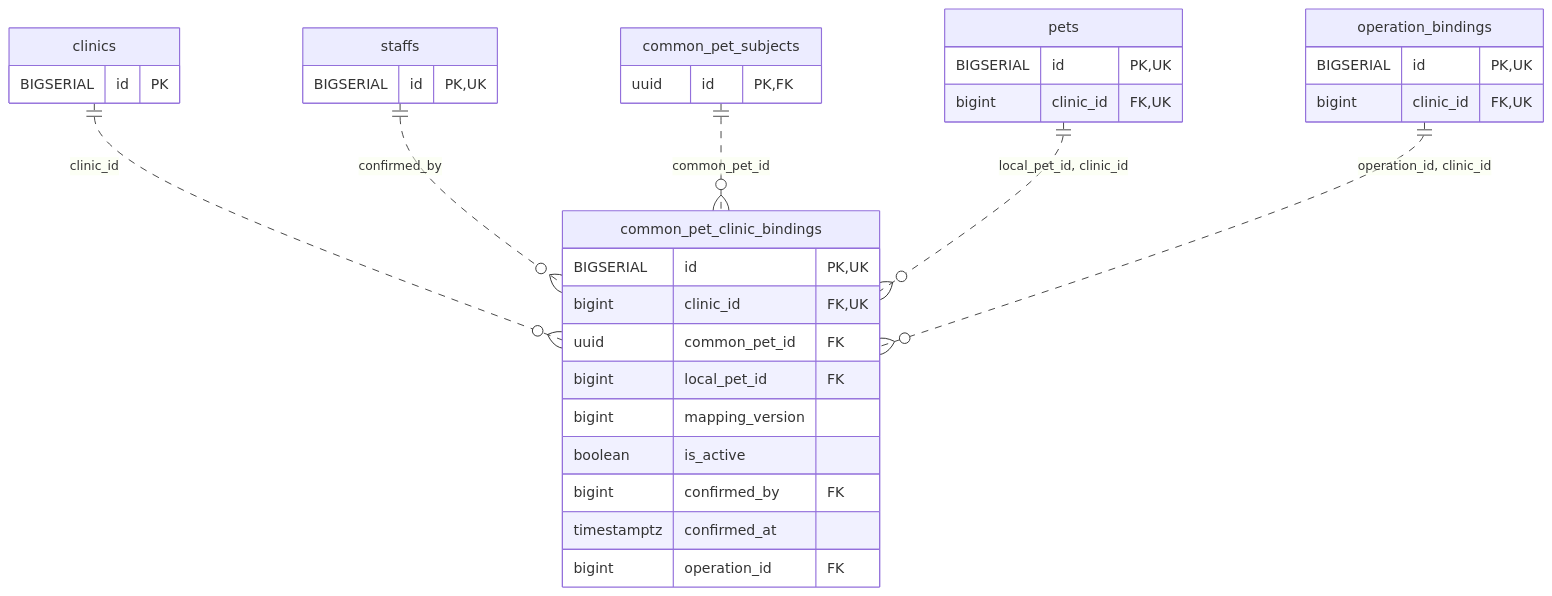
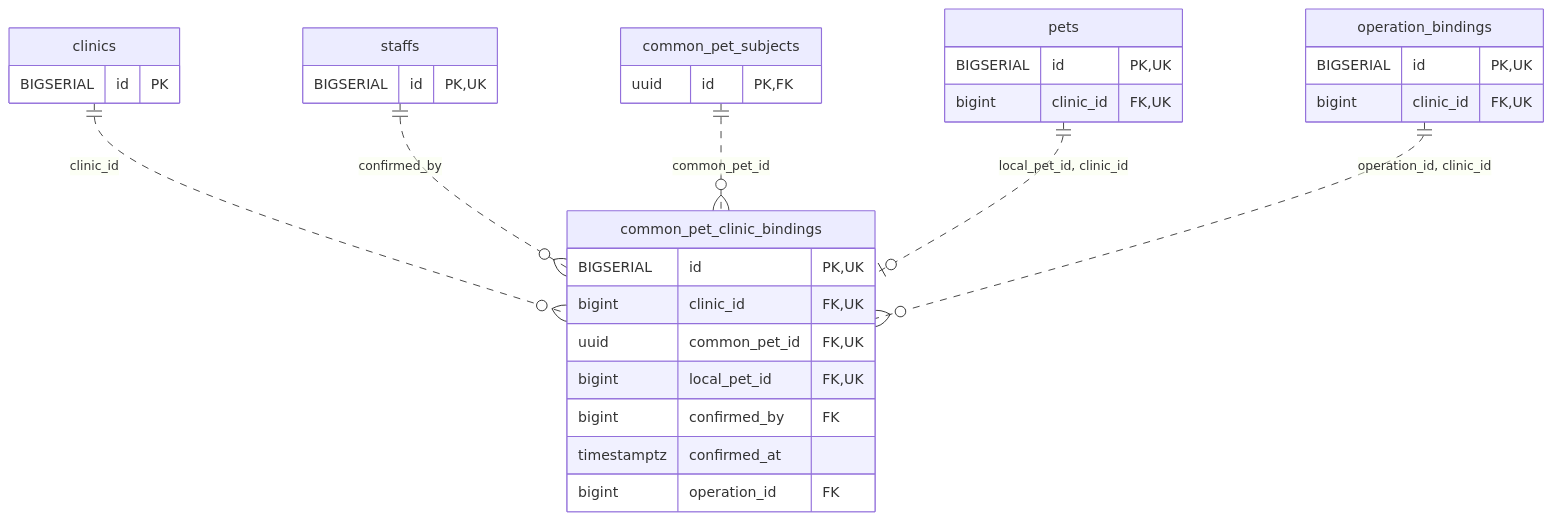
The diagram in docs/architecture/erd-detail/common_pet_clinic_bindings.md (MinoruSoga/AnimalEkarte), drawn with Mermaid before and after one commit. The commit also changed other lines of this file and 147 other files, not shown here.

````diff
--- a/docs/architecture/erd-detail/common_pet_clinic_bindings.md
+++ b/docs/architecture/erd-detail/common_pet_clinic_bindings.md
@@ -32,36 +30,34 @@
 ```mermaid
 erDiagram
     common_pet_clinic_bindings {
         BIGSERIAL id PK,UK
         bigint clinic_id FK,UK
-        uuid common_pet_id FK
-        bigint local_pet_id FK
-        bigint mapping_version
-        boolean is_active
+        uuid common_pet_id FK,UK
+        bigint local_pet_id FK,UK
         bigint confirmed_by FK
         timestamptz confirmed_at
         bigint operation_id FK
     }
     clinics {
         BIGSERIAL id PK
     }
     common_pet_subjects {
         uuid id PK,FK
     }
     operation_bindings {
         BIGSERIAL id PK,UK
         bigint clinic_id FK,UK
     }
     pets {
         BIGSERIAL id PK,UK
         bigint clinic_id FK,UK
     }
     staffs {
         BIGSERIAL id PK,UK
     }
     clinics ||..o{ common_pet_clinic_bindings : "clinic_id"
     staffs ||..o{ common_pet_clinic_bindings : "confirmed_by"
     common_pet_subjects ||..o{ common_pet_clinic_bindings : "common_pet_id"
-    pets ||..o{ common_pet_clinic_bindings : "local_pet_id, clinic_id"
+    pets ||..o| common_pet_clinic_bindings : "local_pet_id, clinic_id"
     operation_bindings ||..o{ common_pet_clinic_bindings : "operation_id, clinic_id"
 ```
````
